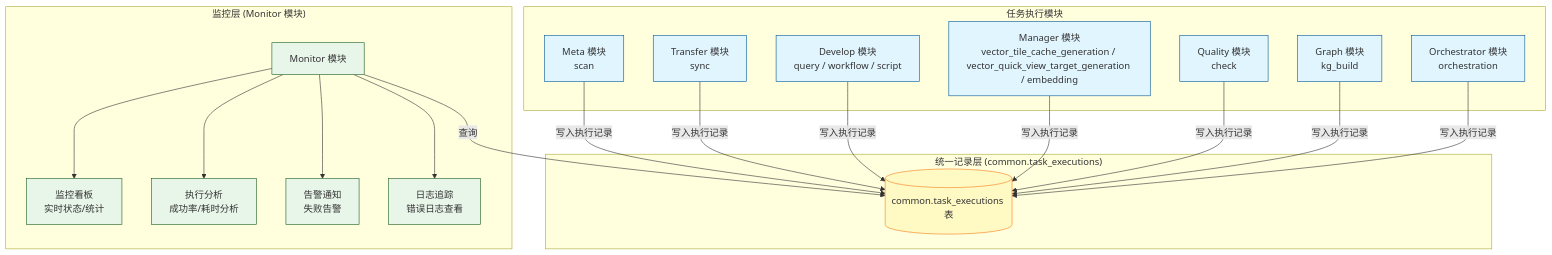
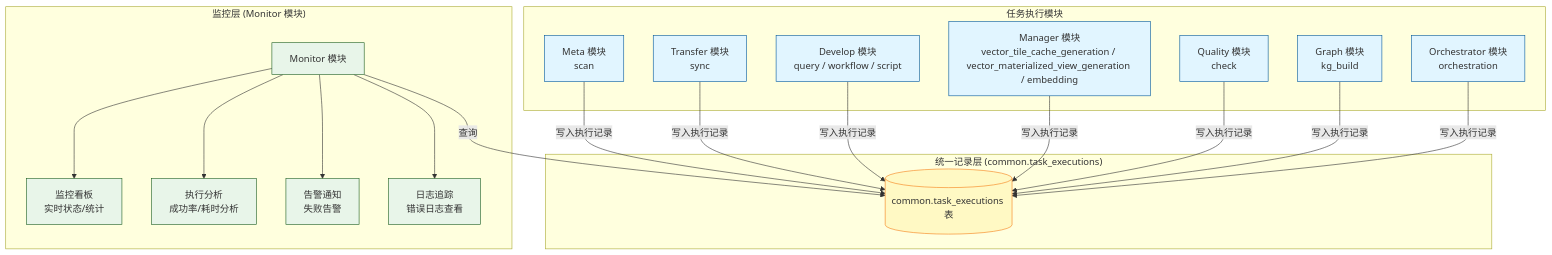
The first of 3 diagrams in docs/concepts/addp监控与执行体系图.md (pampa0629/addp), drawn with Mermaid before and after one commit. The commit also changed other lines of this file and 188 other files, not shown here.

````diff
--- a/docs/concepts/addp监控与执行体系图.md
+++ b/docs/concepts/addp监控与执行体系图.md
@@ -30,42 +30,42 @@
 ```mermaid
 graph TB
     subgraph "任务执行模块"
         Meta[Meta 模块<br/>scan]
         Transfer[Transfer 模块<br/>sync]
         Develop[Develop 模块<br/>query / workflow / script]
-        Manager[Manager 模块<br/>vector_tile_cache_generation / vector_quick_view_target_generation / embedding]
+        Manager[Manager 模块<br/>vector_tile_cache_generation / vector_materialized_view_generation / embedding]
         Quality[Quality 模块<br/>check]
         Graph[Graph 模块<br/>kg_build]
         Orchestrator[Orchestrator 模块<br/>orchestration]
     end
 
     subgraph "统一记录层 (common.task_executions)"
         TaskExec[(common.task_executions 表)]
 
         Meta --> |写入执行记录| TaskExec
         Transfer --> |写入执行记录| TaskExec
         Develop --> |写入执行记录| TaskExec
         Manager --> |写入执行记录| TaskExec
         Quality --> |写入执行记录| TaskExec
         Graph --> |写入执行记录| TaskExec
         Orchestrator --> |写入执行记录| TaskExec
     end
 
     subgraph "监控层 (Monitor 模块)"
         Monitor[Monitor 模块]
 
         Monitor --> |查询| TaskExec
         Monitor --> Dashboard[监控看板<br/>实时状态/统计]
         Monitor --> Analysis[执行分析<br/>成功率/耗时分析]
         Monitor --> Alert[告警通知<br/>失败告警]
         Monitor --> Log[日志追踪<br/>错误日志查看]
     end
 
     classDef module fill:#e1f5ff,stroke:#01579b
     classDef storage fill:#fff9c4,stroke:#f57f17
     classDef monitor fill:#e8f5e9,stroke:#1b5e20
 
     class Meta,Transfer,Develop,Manager,Quality,Graph,Orchestrator module
     class TaskExec storage
     class Monitor,Dashboard,Analysis,Alert,Log monitor
 ```
````
